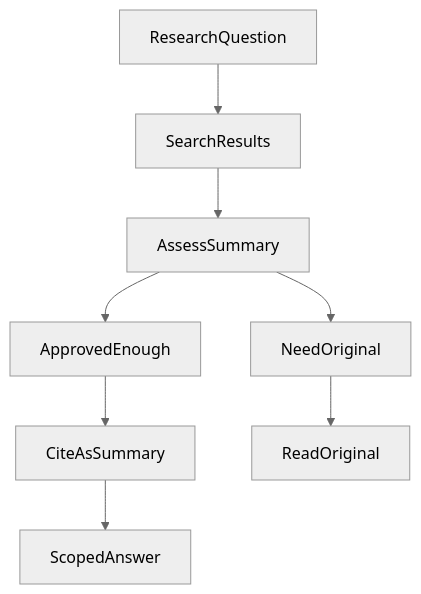
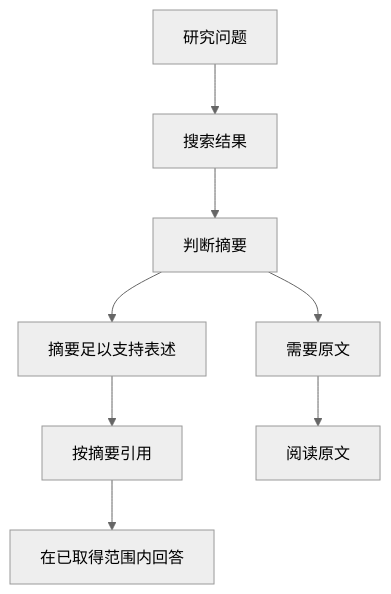
One commit to hpoenixf/eff-agent-article changed the second of 10 diagrams in articles/021-agent-web-research-from-search-to-deep-reading.md. Above: the diagram before and after it, drawn with Mermaid (neutral theme). The commit also changed other lines of this file and 52 other files, not shown here.

Commit message:
docs: localize diagrams and clarify flagship guides

````diff
--- a/articles/021-agent-web-research-from-search-to-deep-reading.md
+++ b/articles/021-agent-web-research-from-search-to-deep-reading.md
@@ -47,10 +47,10 @@
 ```mermaid
 graph TD
-ResearchQuestion --> SearchResults
-SearchResults --> AssessSummary
-AssessSummary --> ApprovedEnough
-AssessSummary --> NeedOriginal
-ApprovedEnough --> CiteAsSummary
-CiteAsSummary --> ScopedAnswer
-NeedOriginal --> ReadOriginal
+ResearchQuestion["研究问题"] --> SearchResults["搜索结果"]
+SearchResults --> AssessSummary["判断摘要"]
+AssessSummary --> ApprovedEnough["摘要足以支持表述"]
+AssessSummary --> NeedOriginal["需要原文"]
+ApprovedEnough --> CiteAsSummary["按摘要引用"]
+CiteAsSummary --> ScopedAnswer["在已取得范围内回答"]
+NeedOriginal --> ReadOriginal["阅读原文"]
 ```
````
